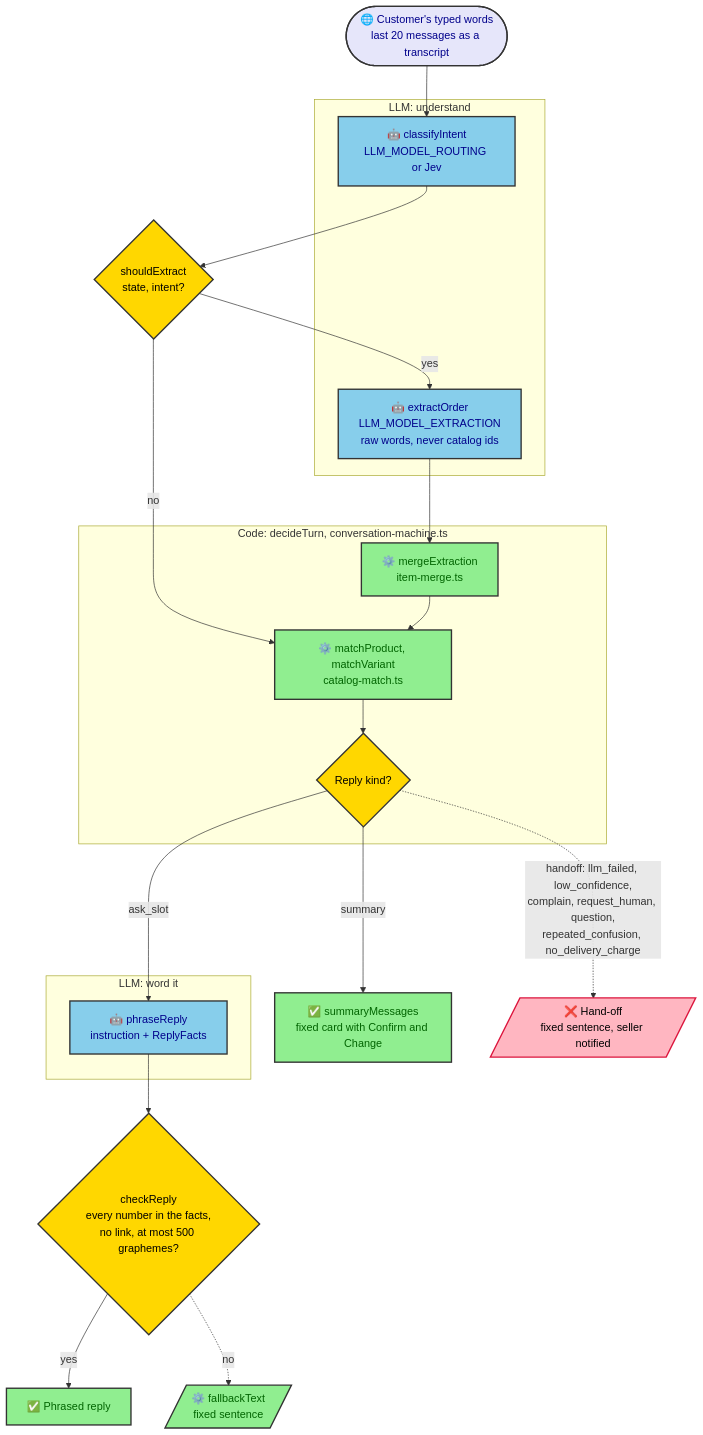
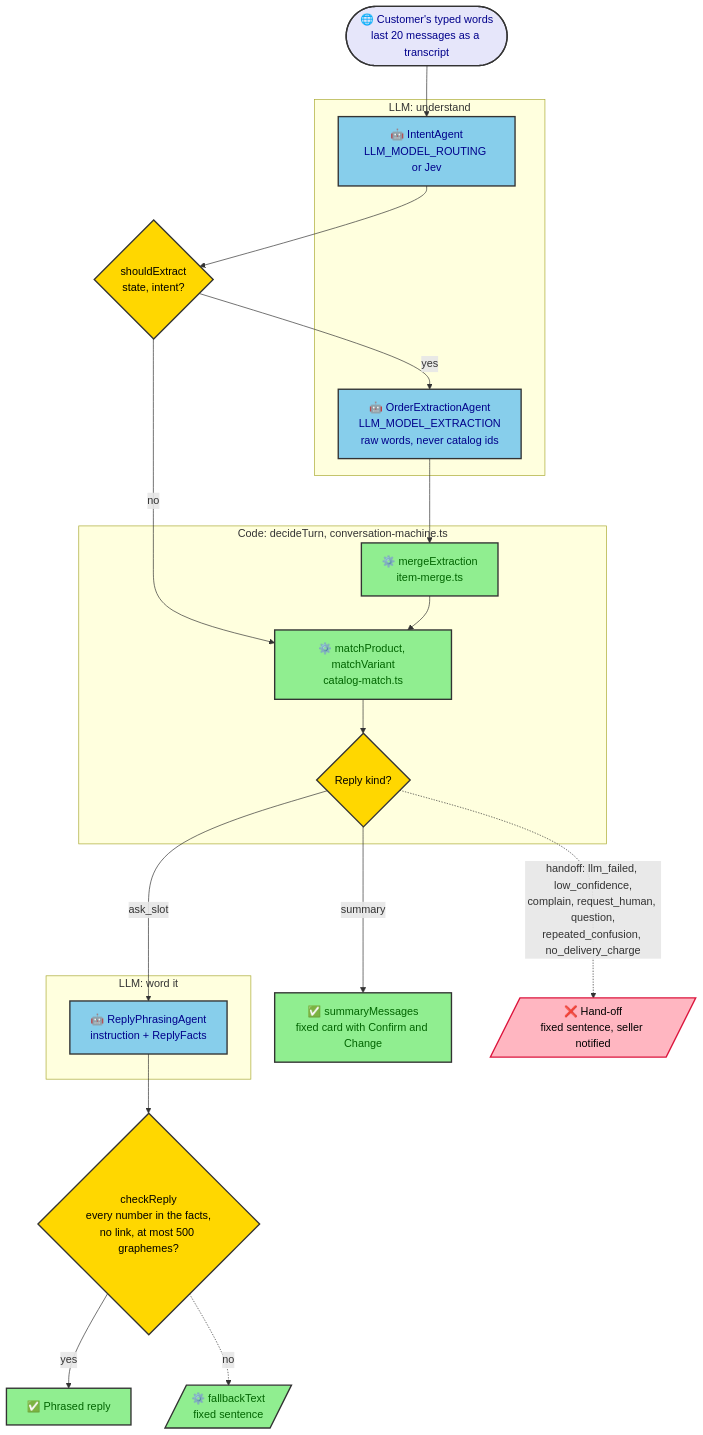
Before and after one commit to nabil404/project-alpha: the first of 4 diagrams in docs/architecture/ai.md, drawn with Mermaid. The commit also changed other lines of this file and 10 other files, not shown here.

````diff
--- a/docs/architecture/ai.md
+++ b/docs/architecture/ai.md
@@ -41,46 +47,46 @@
 ```mermaid
 flowchart TD
     chat(["🌐 Customer's typed words<br/>last 20 messages as a transcript"]) --> classify
 
     subgraph understand ["LLM: understand"]
-        classify["🤖 classifyIntent<br/>LLM_MODEL_ROUTING or Jev"]
-        extract["🤖 extractOrder<br/>LLM_MODEL_EXTRACTION<br/>raw words, never catalog ids"]
+        classify["🤖 IntentAgent<br/>LLM_MODEL_ROUTING or Jev"]
+        extract["🤖 OrderExtractionAgent<br/>LLM_MODEL_EXTRACTION<br/>raw words, never catalog ids"]
     end
 
     classify --> want{"shouldExtract<br/>state, intent?"}
     want -- yes --> extract
     want -- no --> match
     extract --> merge
 
     subgraph decideTurn ["Code: decideTurn, conversation-machine.ts"]
         merge["⚙️ mergeExtraction<br/>item-merge.ts"]
         match["⚙️ matchProduct, matchVariant<br/>catalog-match.ts"]
         next{"Reply kind?"}
         merge --> match --> next
     end
 
     next -- ask_slot --> phrase
     next -- summary --> card["✅ summaryMessages<br/>fixed card with Confirm and Change"]
 
     subgraph word ["LLM: word it"]
-        phrase["🤖 phraseReply<br/>instruction + ReplyFacts"]
+        phrase["🤖 ReplyPhrasingAgent<br/>instruction + ReplyFacts"]
     end
 
     phrase --> check{"checkReply<br/>every number in the facts,<br/>no link, at most 500 graphemes?"}
     check -- yes --> sent["✅ Phrased reply"]
     check -. no .-> fixed[/"⚙️ fallbackText<br/>fixed sentence"/]
     next -. "handoff: llm_failed, low_confidence,<br/>complain, request_human, question,<br/>repeated_confusion, no_delivery_charge" .-> handoff[/"❌ Hand-off<br/>fixed sentence, seller notified"/]
 
     classDef entry    fill:#E6E6FA,stroke:#333,stroke-width:2px,color:#00008B
     classDef guard    fill:#87CEEB,stroke:#333,stroke-width:2px,color:#00008B
     classDef decision fill:#FFD700,stroke:#333,stroke-width:2px,color:#000
     classDef work     fill:#90EE90,stroke:#333,stroke-width:2px,color:#006400
     classDef store    fill:#E6E6FA,stroke:#333,stroke-width:2px,color:#00008B
     classDef reject   fill:#FFB6C1,stroke:#DC143C,stroke-width:2px,color:#000
 
     class chat entry
     class classify,extract,phrase guard
     class want,next,check decision
     class merge,match,card,sent,fixed work
     class handoff reject
 ```
````
